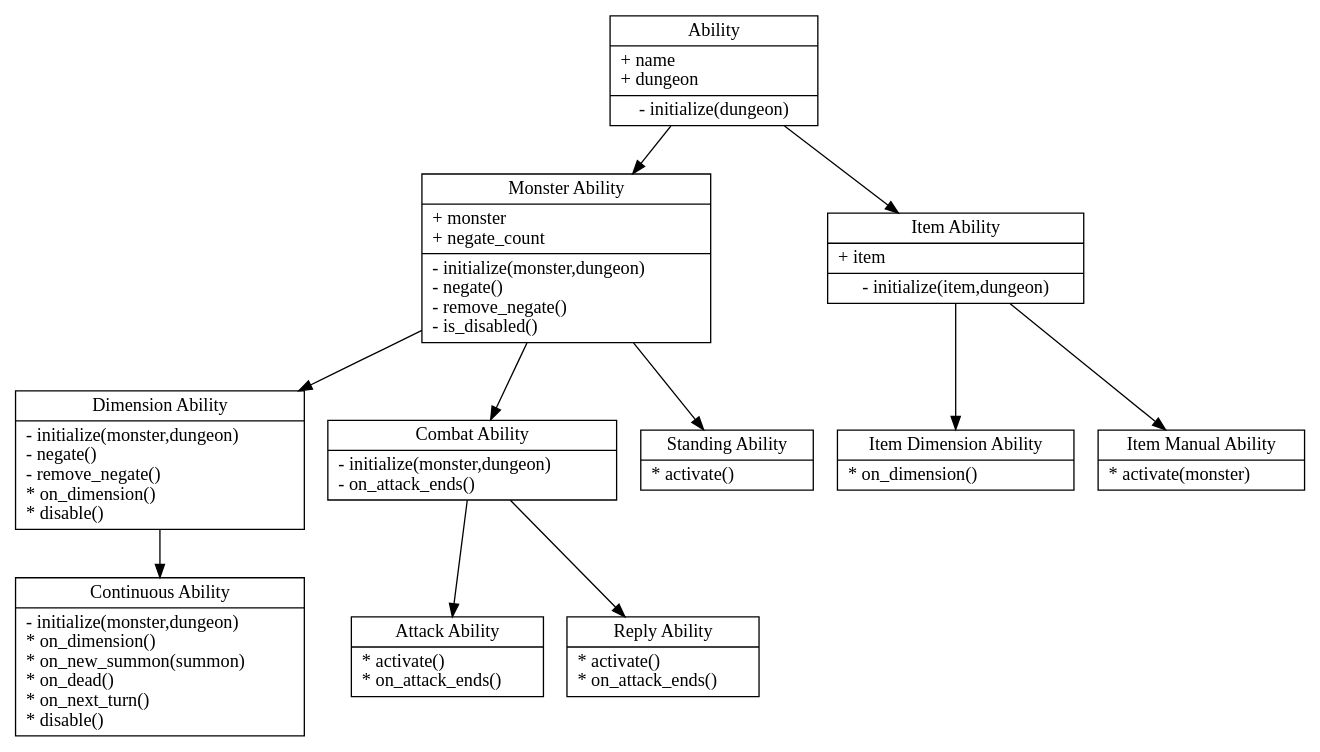
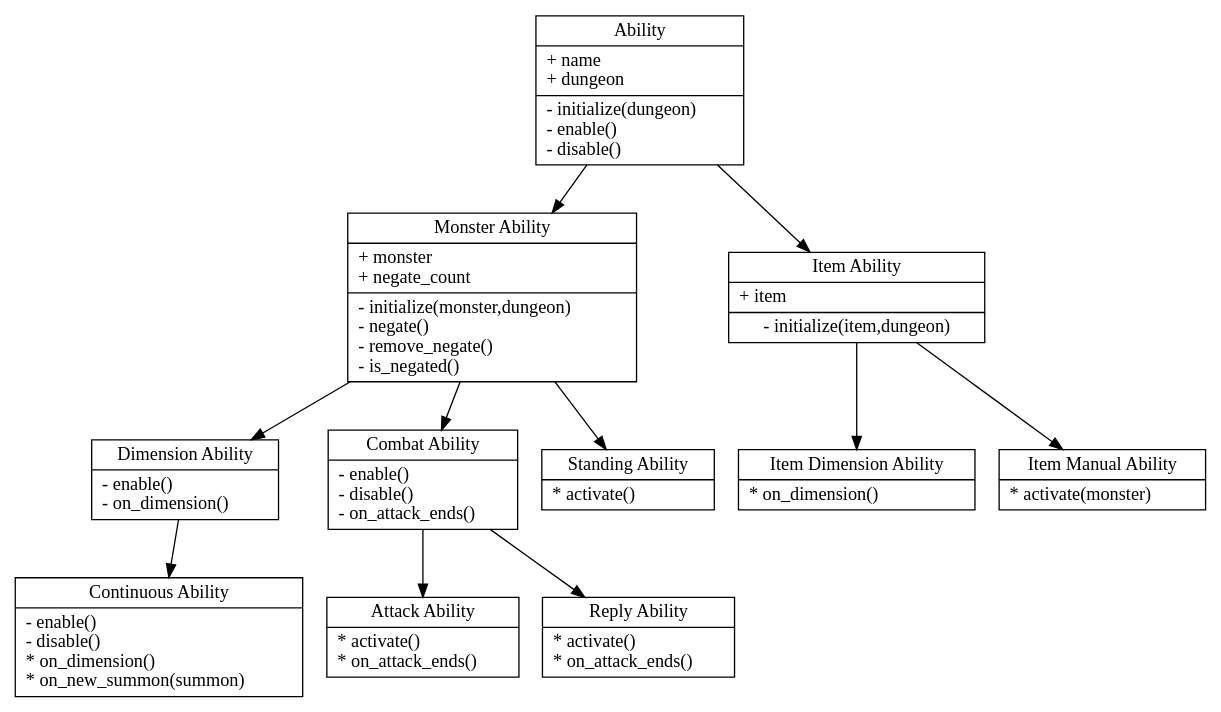
Before and after one commit to francocurotto/DDMre: the diagram in documentation/diagrams/abilities.dot, drawn with Graphviz. The commit also changed 27 other files, not shown here.

```diff
--- a/documentation/diagrams/abilities.dot
+++ b/documentation/diagrams/abilities.dot
@@ -1,26 +1,26 @@
 digraph abilities {
     // nodes
     node[shape=record]
-    Ability[label="{Ability|+ name\l+ dungeon\l|- initialize(dungeon)}"]
-    MonsterAbility[label="{Monster Ability|+ monster\l+ negate_count\l|- initialize(monster,dungeon)\l- negate()\l- remove_negate()\l- is_disabled()\l}"]
-    DimensionAbility[label="{Dimension Ability|- initialize(monster,dungeon)\l- negate()\l- remove_negate()\l* on_dimension()\l* disable()\l}"]
-    ContinuousAbility[label="{Continuous Ability|- initialize(monster,dungeon)\l* on_dimension()\l* on_new_summon(summon)\l* on_dead()\l* on_next_turn()\l* disable()\l}"]
-    CombatAbility[label="{Combat Ability|- initialize(monster,dungeon)\l- on_attack_ends()\l}"]
+    Ability[label="{Ability|+ name\l+ dungeon\l|- initialize(dungeon)\l- enable()\l- disable()\l}"]
+    MonsterAbility[label="{Monster Ability|+ monster\l+ negate_count\l|- initialize(monster,dungeon)\l- negate()\l- remove_negate()\l- is_negated()\l}"]
+    DimensionAbility[label="{Dimension Ability|- enable()\l- on_dimension()\l}"]
+    ContinuousAbility[label="{Continuous Ability|- enable()\l- disable()\l* on_dimension()\l* on_new_summon(summon)\l}"]
+    CombatAbility[label="{Combat Ability|- enable()\l- disable()\l- on_attack_ends()\l}"]
     AttackAbility[label="{Attack Ability|* activate()\l* on_attack_ends()\l}"]
     ReplyAbility[label="{Reply Ability|* activate()\l* on_attack_ends()\l}"]
     StandingAbility[label="{Standing Ability|* activate()\l}"]
     ItemAbility[label="{Item Ability|+ item\l|- initialize(item,dungeon)}"]
     ItemDimensionAbility[label="{Item Dimension Ability|* on_dimension()\l}"]
     ItemManualAbility[label="{Item Manual Ability|* activate(monster)\l}"]
     // edges
     Ability -> MonsterAbility
     Ability -> ItemAbility
     MonsterAbility -> DimensionAbility
     MonsterAbility -> CombatAbility
     CombatAbility -> AttackAbility
     CombatAbility -> ReplyAbility
     MonsterAbility -> StandingAbility
     ItemAbility -> ItemDimensionAbility
     ItemAbility -> ItemManualAbility
     DimensionAbility -> ContinuousAbility
 }
```
